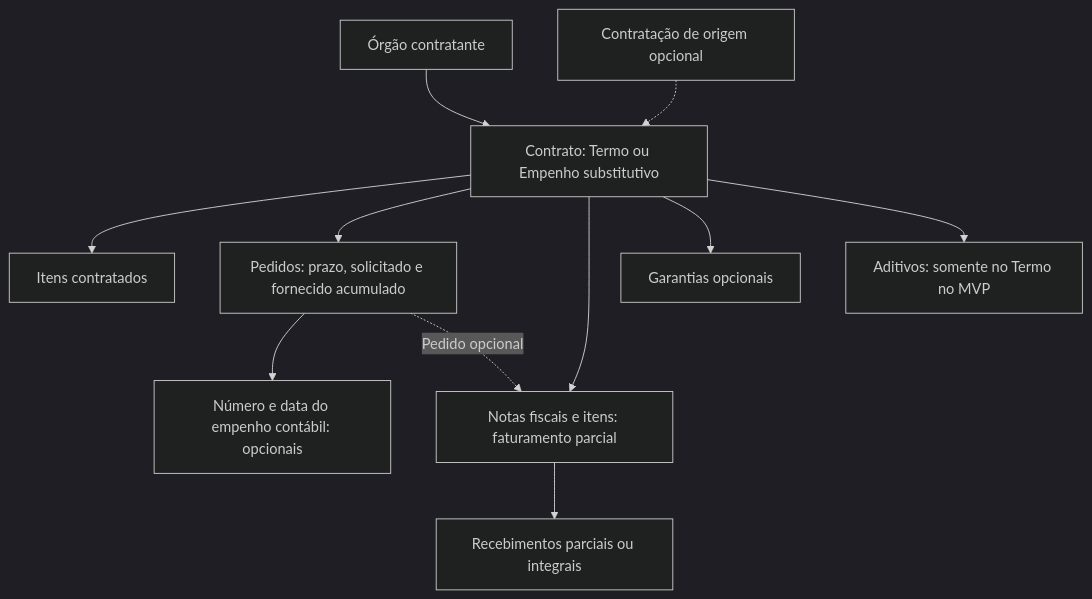
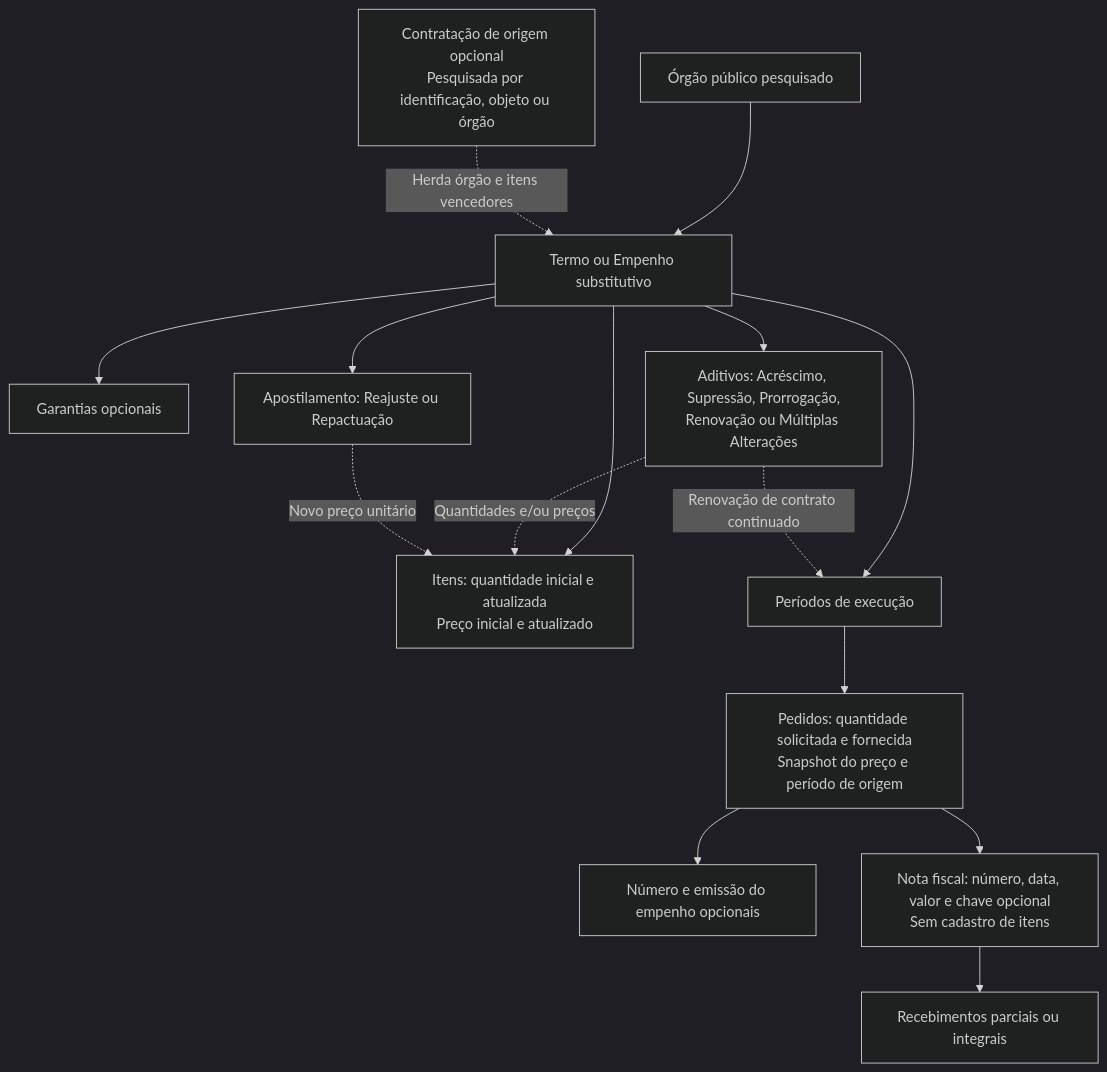
Before and after one commit to frannciel/gptinho: the diagram in docs/CONTRATOS.md, drawn with Mermaid (dark theme). The commit also changed other lines of this file and 24 other files, not shown here.

````diff
--- a/docs/CONTRATOS.md
+++ b/docs/CONTRATOS.md
@@ -11,13 +7,17 @@
 ```mermaid
 flowchart TD
-    ORG["Órgão contratante"] --> CT["Contrato: Termo ou Empenho substitutivo"]
-    LIC["Contratação de origem opcional"] -.-> CT
-    CT --> IT["Itens contratados"]
-    CT --> PD["Pedidos: prazo, solicitado e fornecido acumulado"]
-    PD --> NE["Número e data do empenho contábil: opcionais"]
-    CT --> NF["Notas fiscais e itens: faturamento parcial"]
-    PD -. "Pedido opcional" .-> NF
+    ORG["Órgão público pesquisado"] --> CT["Termo ou Empenho substitutivo"]
+    LIC["Contratação de origem opcional<br/>Pesquisada por identificação, objeto ou órgão"] -. "Herda órgão e itens vencedores" .-> CT
+    CT --> IT["Itens: quantidade inicial e atualizada<br/>Preço inicial e atualizado"]
+    CT --> PER["Períodos de execução"]
+    PER --> PED["Pedidos: quantidade solicitada e fornecida<br/>Snapshot do preço e período de origem"]
+    PED --> EMP["Número e emissão do empenho opcionais"]
+    PED --> NF["Nota fiscal: número, data, valor e chave opcional<br/>Sem cadastro de itens"]
     NF --> REC["Recebimentos parciais ou integrais"]
     CT --> GAR["Garantias opcionais"]
-    CT --> AD["Aditivos: somente no Termo no MVP"]
+    CT --> AD["Aditivos: Acréscimo, Supressão, Prorrogação,<br/>Renovação ou Múltiplas Alterações"]
+    CT --> AP["Apostilamento: Reajuste ou Repactuação"]
+    AD -. "Renovação de contrato continuado" .-> PER
+    AD -. "Quantidades e/ou preços" .-> IT
+    AP -. "Novo preço unitário" .-> IT
 ```
````
